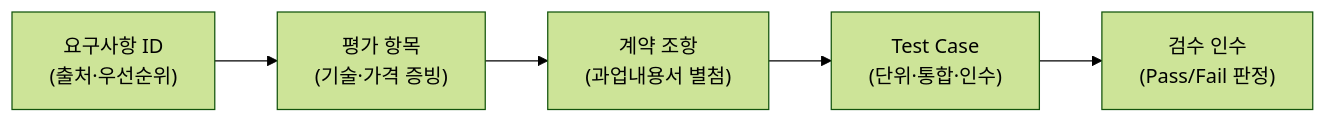
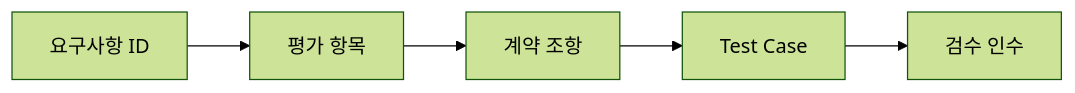
One commit to agnusdei1207/study changed the second of 3 diagrams in src/content/docs/notes/itpe/01-it-strategy/049_rfp.md. Above: the diagram before and after it, drawn with Mermaid (forest theme). The commit also changed other lines of this file and 19 other files, not shown here.

````diff
--- a/src/content/docs/notes/itpe/01-it-strategy/049_rfp.md
+++ b/src/content/docs/notes/itpe/01-it-strategy/049_rfp.md
@@ -90,7 +90,7 @@
 ```mermaid
 flowchart LR
-    REQ["요구사항 ID<br/>(출처·우선순위)"] --> EVAL["평가 항목<br/>(기술·가격 증빙)"]
-    EVAL --> CONT["계약 조항<br/>(과업내용서 별첨)"]
-    CONT --> TC["Test Case<br/>(단위·통합·인수)"]
-    TC --> ACC["검수 인수<br/>(Pass/Fail 판정)"]
+    REQ["요구사항 ID"] --> EVAL["평가 항목"]
+    EVAL --> CONT["계약 조항"]
+    CONT --> TC["Test Case"]
+    TC --> ACC["검수 인수"]
 ```
````
